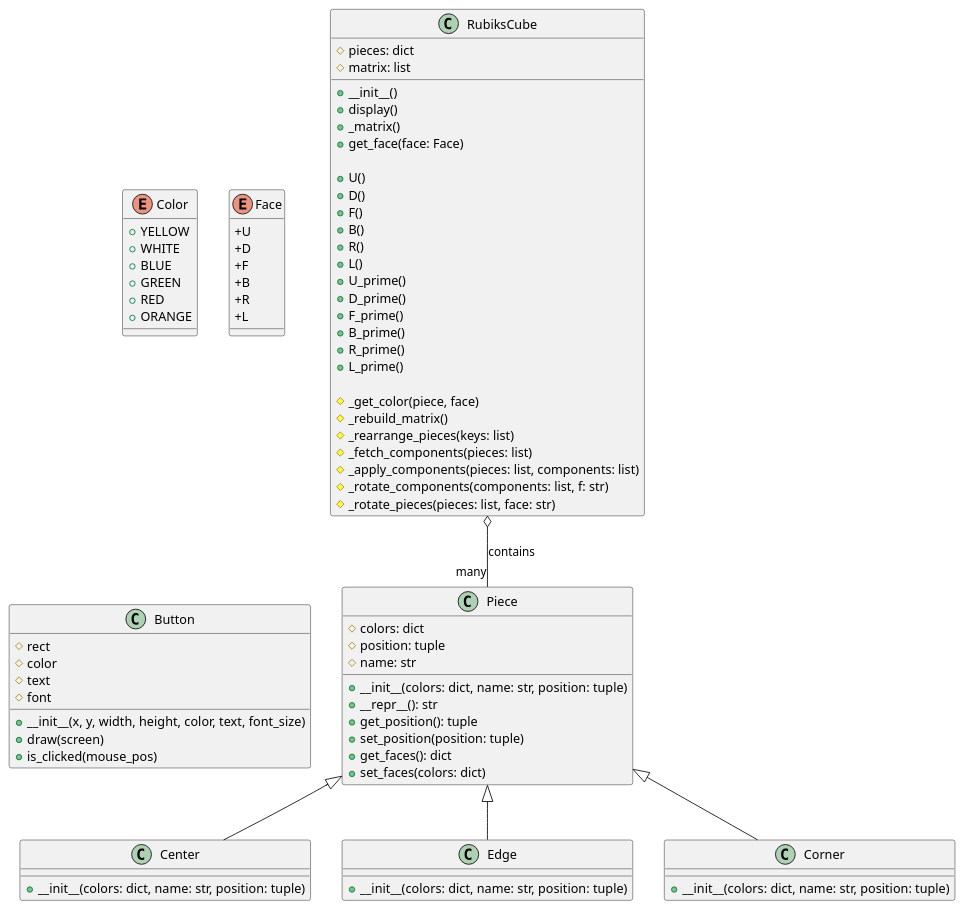
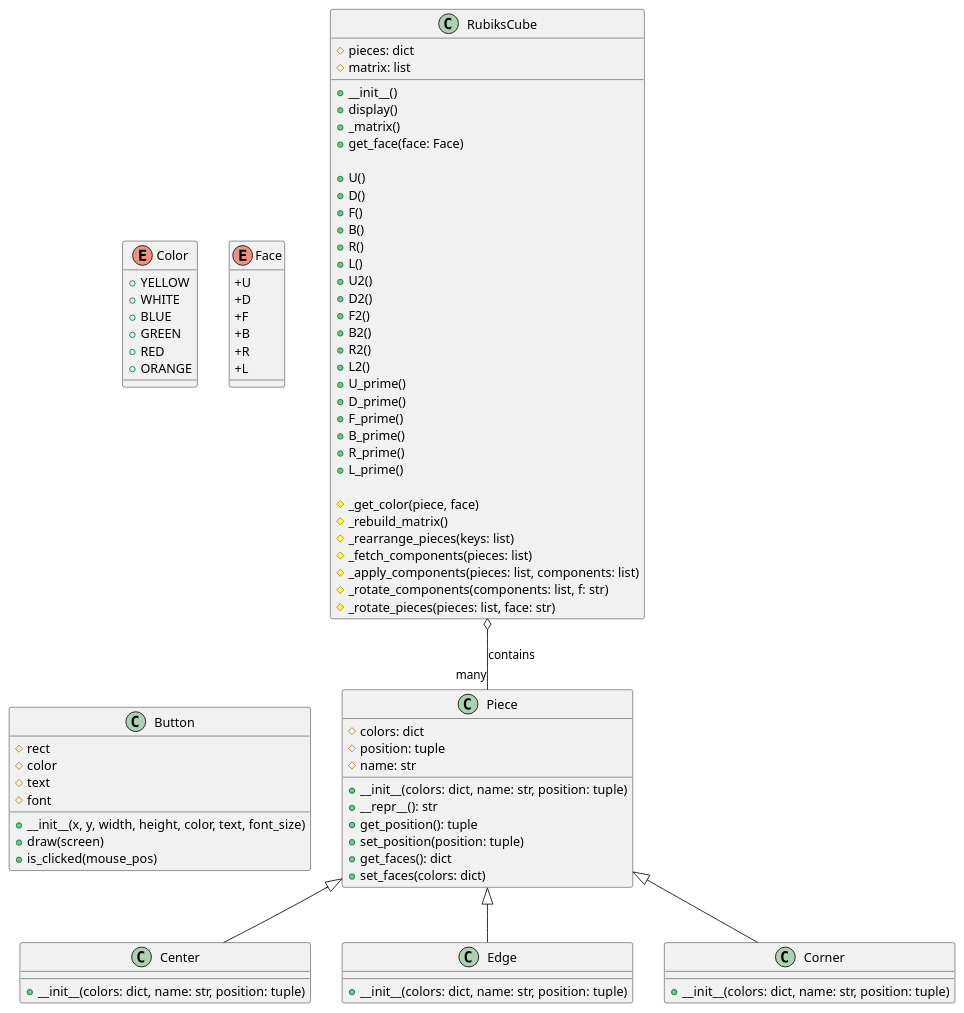
One commit to FuriousFire05/rubix-cube-solver changed the diagram in uml/rubix_cube.puml. Above: the diagram before and after it, drawn with PlantUML. The commit also changed 1 other file, not shown here.

```diff
--- a/uml/rubix_cube.puml
+++ b/uml/rubix_cube.puml
@@ -3,102 +3,108 @@
 @startuml rubix_cube
 
 ' Define Color Enum
 enum Color {
   +YELLOW
   +WHITE
   +BLUE
   +GREEN
   +RED
   +ORANGE
 }
 
 ' Define Face Enum
 enum Face {
   +U
   +D
   +F
   +B
   +R
   +L
 }
 
 ' Define Piece Class
 class Piece {
   #colors: dict
   #position: tuple
   #name: str
 
   +__init__(colors: dict, name: str, position: tuple)
   +__repr__(): str
   +get_position(): tuple
   +set_position(position: tuple)
   +get_faces(): dict
   +set_faces(colors: dict) 
 }
 
 ' Define Center Class (inherits from Piece)
 class Center {
   +__init__(colors: dict, name: str, position: tuple)
 }
 
 ' Define Edge Class (inherits from Piece)
 class Edge {
   +__init__(colors: dict, name: str, position: tuple)
 }
 
 ' Define Corner Class (inherits from Piece)
 class Corner {
   +__init__(colors: dict, name: str, position: tuple)
 }
 
 ' Define Cube Class
 class RubiksCube {
   #pieces: dict
   #matrix: list
 
   +__init__()
   +display()
   +_matrix()
   +get_face(face: Face)
   
   +U()
   +D()
   +F()
   +B()
   +R()
   +L()
+  +U2()
+  +D2()
+  +F2()
+  +B2()
+  +R2()
+  +L2()
   +U_prime()
   +D_prime()
   +F_prime()
   +B_prime()
   +R_prime()
   +L_prime()
 
   #_get_color(piece, face)
   #_rebuild_matrix()
   #_rearrange_pieces(keys: list)
   #_fetch_components(pieces: list)
   #_apply_components(pieces: list, components: list)
   #_rotate_components(components: list, f: str)
   #_rotate_pieces(pieces: list, face: str)
 }
 
 ' Define Button Class
 class Button {
   #rect
   #color
   #text
   #font
 
   +__init__(x, y, width, height, color, text, font_size)
   +draw(screen)
   +is_clicked(mouse_pos)
 } 
 
 ' Define relationships between classes
 Piece <|-- Center
 Piece <|-- Edge
 Piece <|-- Corner
 RubiksCube o-- "many" Piece : contains
 
 @enduml
```
